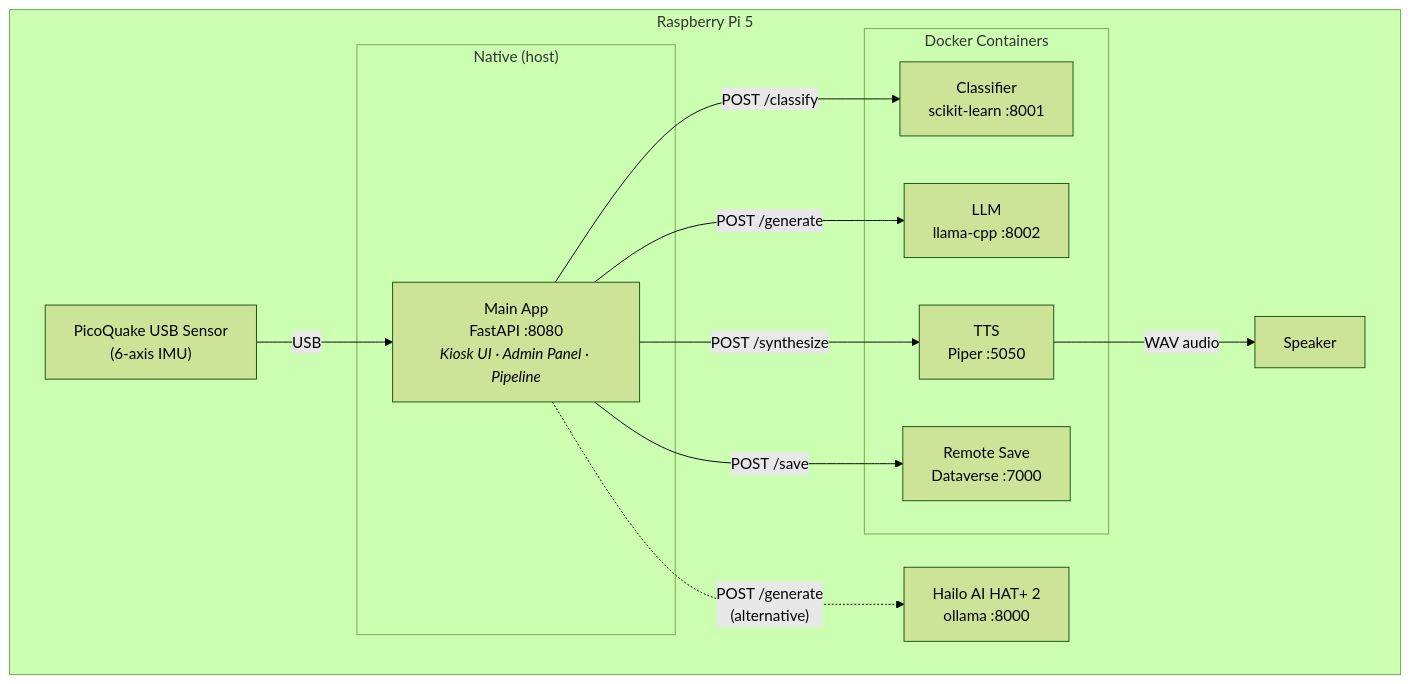
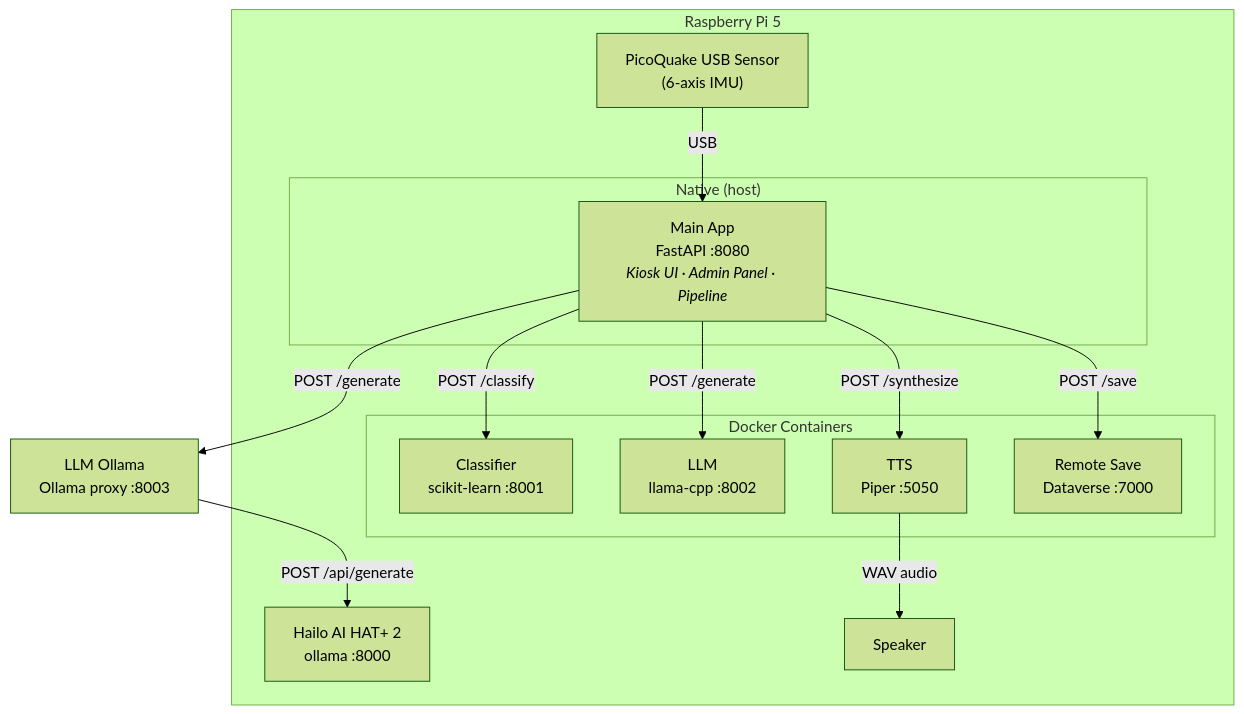
One commit to jenschristianschroder/rpiCoffee changed the diagram in README.md. Above: the diagram before and after it, drawn with Mermaid (forest theme). The commit also changed other lines of this file and 16 other files, not shown here.

First line of the commit message:
feat: split Ollama into independent llm-ollama microservice (#66)

````diff
--- a/README.md
+++ b/README.md
@@ -17,25 +17,26 @@
 ```mermaid
 graph TB
     subgraph "Raspberry Pi 5"
         sensor["PicoQuake USB Sensor<br/>(6-axis IMU)"]
         subgraph "Native (host)"
             app["Main App<br/>FastAPI :8080<br/><i>Kiosk UI · Admin Panel · Pipeline</i>"]
         end
         subgraph "Docker Containers"
             classifier["Classifier<br/>scikit-learn :8001"]
             llm["LLM<br/>llama-cpp :8002"]
             tts["TTS<br/>Piper :5050"]
             remote["Remote Save<br/>Dataverse :7000"]
         end
         hailo["Hailo AI HAT+ 2<br/>ollama :8000"]
         speaker["Speaker"]
     end
 
     sensor -- "USB" --> app
     app -- "POST /classify" --> classifier
     app -- "POST /generate" --> llm
-    app -. "POST /generate<br/>(alternative)" .-> hailo
+    app -- "POST /generate" --> llm_ollama["LLM Ollama<br/>Ollama proxy :8003"]
+    llm_ollama -- "POST /api/generate" --> hailo
     app -- "POST /synthesize" --> tts
     app -- "POST /save" --> remote
     tts -- "WAV audio" --> speaker
 ```
````
